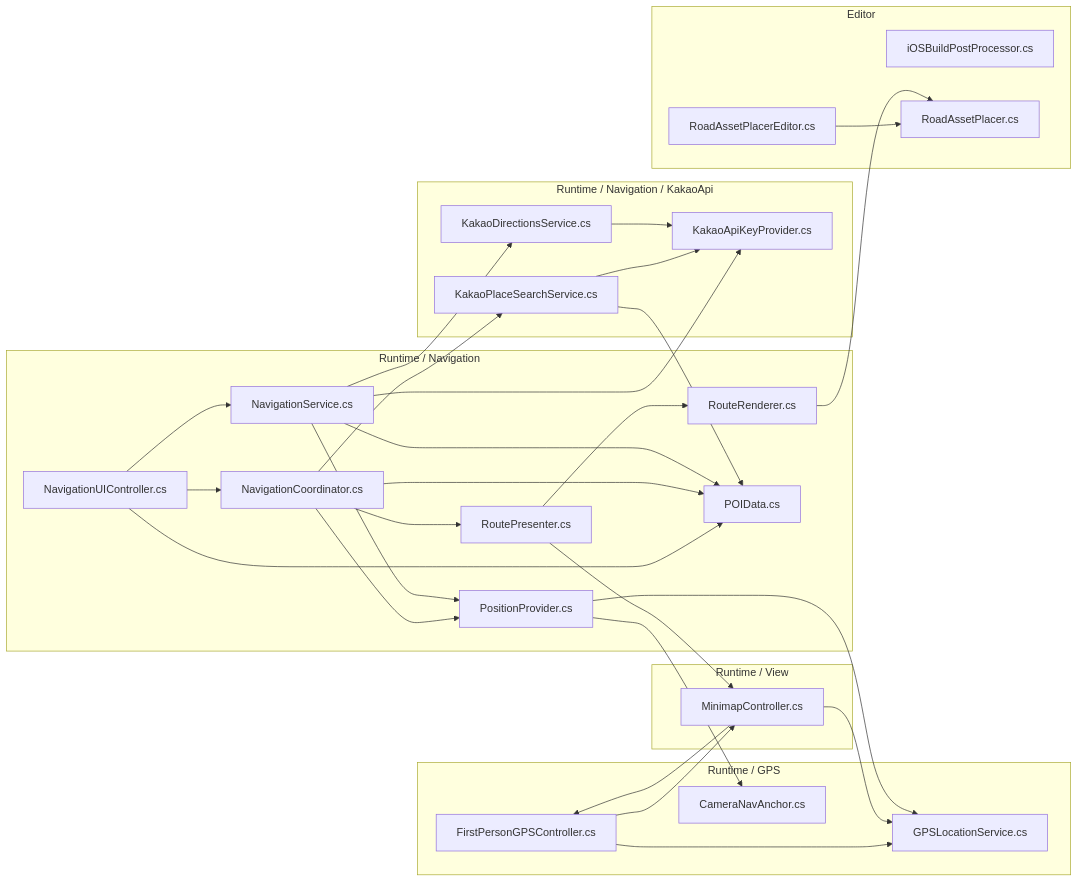
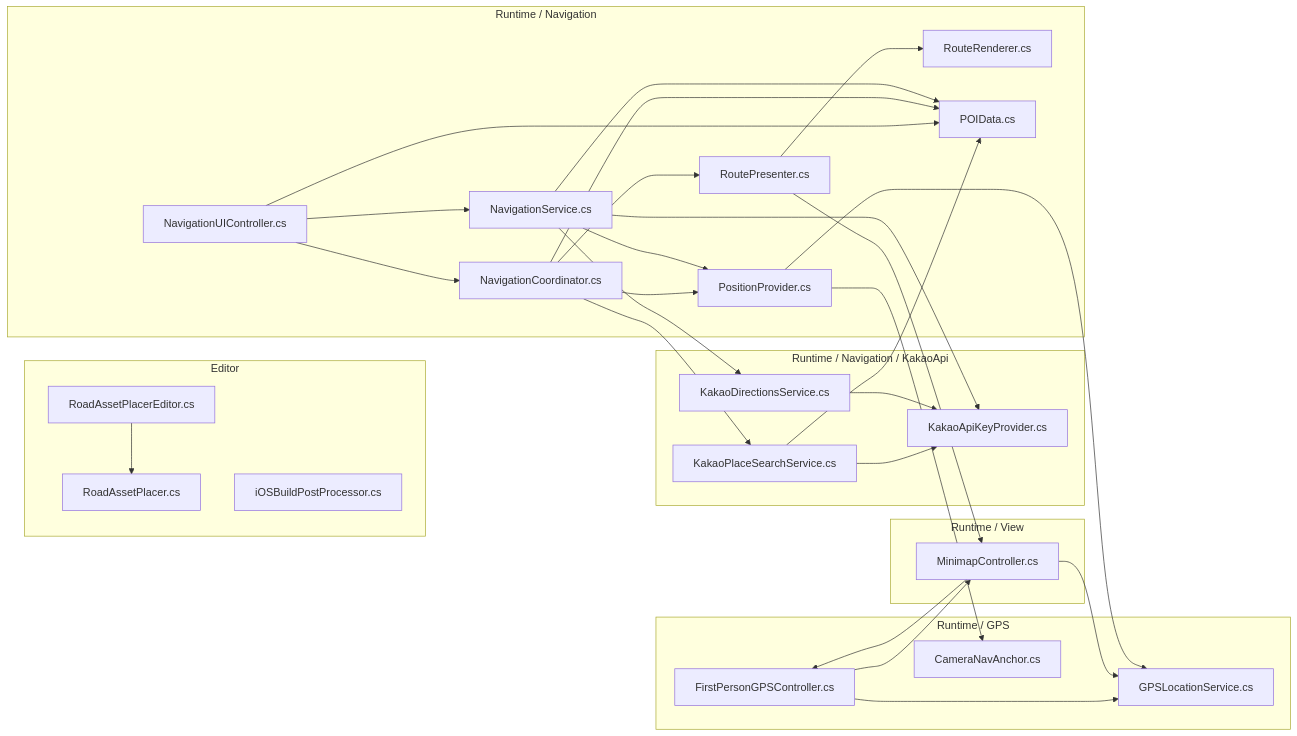
One commit to rugem33/3D_Digital_twin changed the diagram in PIPELINE_OVERVIEW.md. Above: the diagram before and after it, drawn with Mermaid. The commit also changed other lines of this file and 2 other files, not shown here.

````diff
--- a/PIPELINE_OVERVIEW.md
+++ b/PIPELINE_OVERVIEW.md
@@ -4,69 +4,67 @@
 ```mermaid
 flowchart LR
     subgraph Editor["Editor"]
         RoadAssetPlacerEditor["RoadAssetPlacerEditor.cs"]
         IOSBuildPostProcessor["iOSBuildPostProcessor.cs"]
         RoadAssetPlacer["RoadAssetPlacer.cs"]
     end
 
     subgraph GPS["Runtime / GPS"]
         GPSLocationService["GPSLocationService.cs"]
         FirstPersonGPSController["FirstPersonGPSController.cs"]
         CameraNavAnchor["CameraNavAnchor.cs"]
     end
 
     subgraph Navigation["Runtime / Navigation"]
         NavigationUIController["NavigationUIController.cs"]
         NavigationService["NavigationService.cs"]
         NavigationCoordinator["NavigationCoordinator.cs"]
         RoutePresenter["RoutePresenter.cs"]
         PositionProvider["PositionProvider.cs"]
         RouteRenderer["RouteRenderer.cs"]
         POIData["POIData.cs"]
     end
 
     subgraph Kakao["Runtime / Navigation / KakaoApi"]
         KakaoPlaceSearchService["KakaoPlaceSearchService.cs"]
         KakaoDirectionsService["KakaoDirectionsService.cs"]
         KakaoApiKeyProvider["KakaoApiKeyProvider.cs"]
     end
 
     subgraph View["Runtime / View"]
         MinimapController["MinimapController.cs"]
     end
 
     RoadAssetPlacerEditor --> RoadAssetPlacer
 
     FirstPersonGPSController --> GPSLocationService
     FirstPersonGPSController --> MinimapController
 
     MinimapController --> GPSLocationService
     MinimapController --> FirstPersonGPSController
 
     NavigationUIController --> NavigationService
     NavigationUIController --> NavigationCoordinator
     NavigationUIController --> POIData
 
     NavigationCoordinator --> KakaoPlaceSearchService
     NavigationCoordinator --> RoutePresenter
     NavigationCoordinator --> PositionProvider
     NavigationCoordinator --> POIData
 
     RoutePresenter --> RouteRenderer
     RoutePresenter --> MinimapController
 
     PositionProvider --> GPSLocationService
     PositionProvider --> CameraNavAnchor
 
     NavigationService --> PositionProvider
     NavigationService --> KakaoDirectionsService
     NavigationService --> KakaoApiKeyProvider
     NavigationService --> POIData
 
-    RouteRenderer --> RoadAssetPlacer
-
     KakaoPlaceSearchService --> KakaoApiKeyProvider
     KakaoPlaceSearchService --> POIData
 
     KakaoDirectionsService --> KakaoApiKeyProvider
 ```
````
